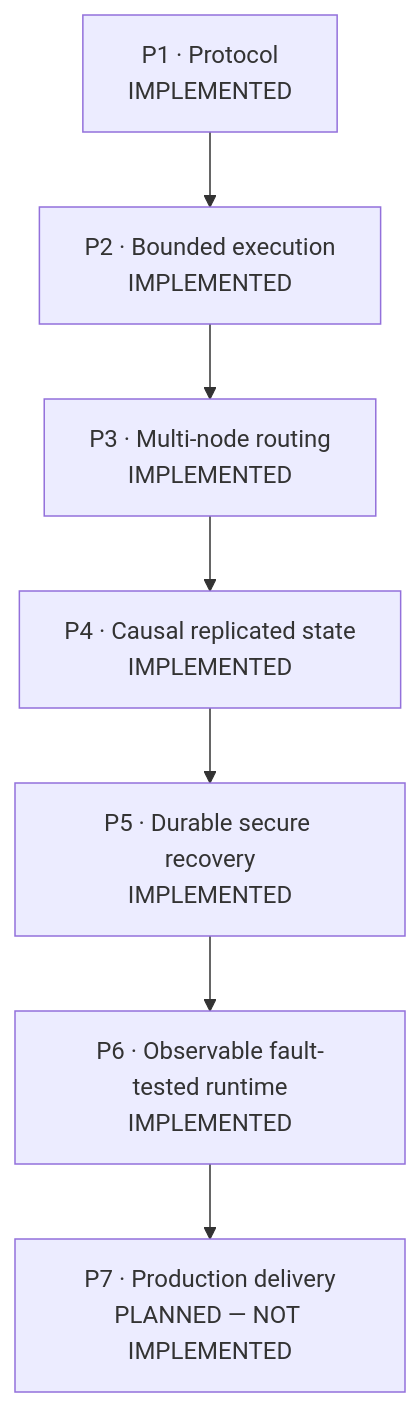
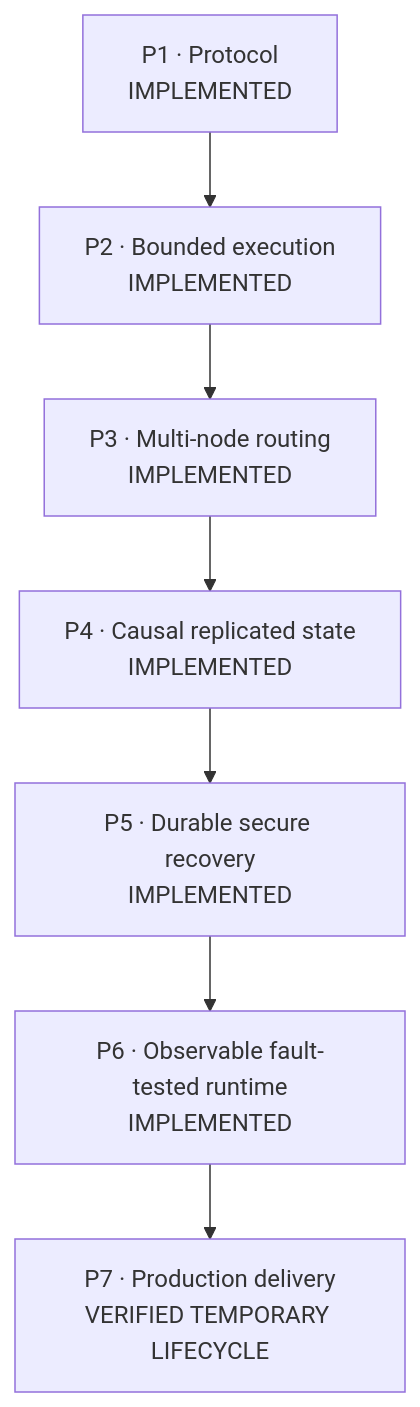
The diagram in docs/architecture/assets/phase1-7-evolution.mmd (Parmodk2310/Advanced-Distributed-System), drawn with Mermaid before and after one commit. The commit also changed 15 other files, not shown here.

```diff
--- a/docs/architecture/assets/phase1-7-evolution.mmd
+++ b/docs/architecture/assets/phase1-7-evolution.mmd
@@ -1,5 +1,5 @@
 flowchart TB
   P1["P1 · Protocol<br/>IMPLEMENTED"] --> P2["P2 · Bounded execution<br/>IMPLEMENTED"]
   P2 --> P3["P3 · Multi-node routing<br/>IMPLEMENTED"] --> P4["P4 · Causal replicated state<br/>IMPLEMENTED"]
   P4 --> P5["P5 · Durable secure recovery<br/>IMPLEMENTED"] --> P6["P6 · Observable fault-tested runtime<br/>IMPLEMENTED"]
-  P6 --> P7["P7 · Production delivery<br/>PLANNED — NOT IMPLEMENTED"]
+  P6 --> P7["P7 · Production delivery<br/>VERIFIED TEMPORARY LIFECYCLE"]
```
